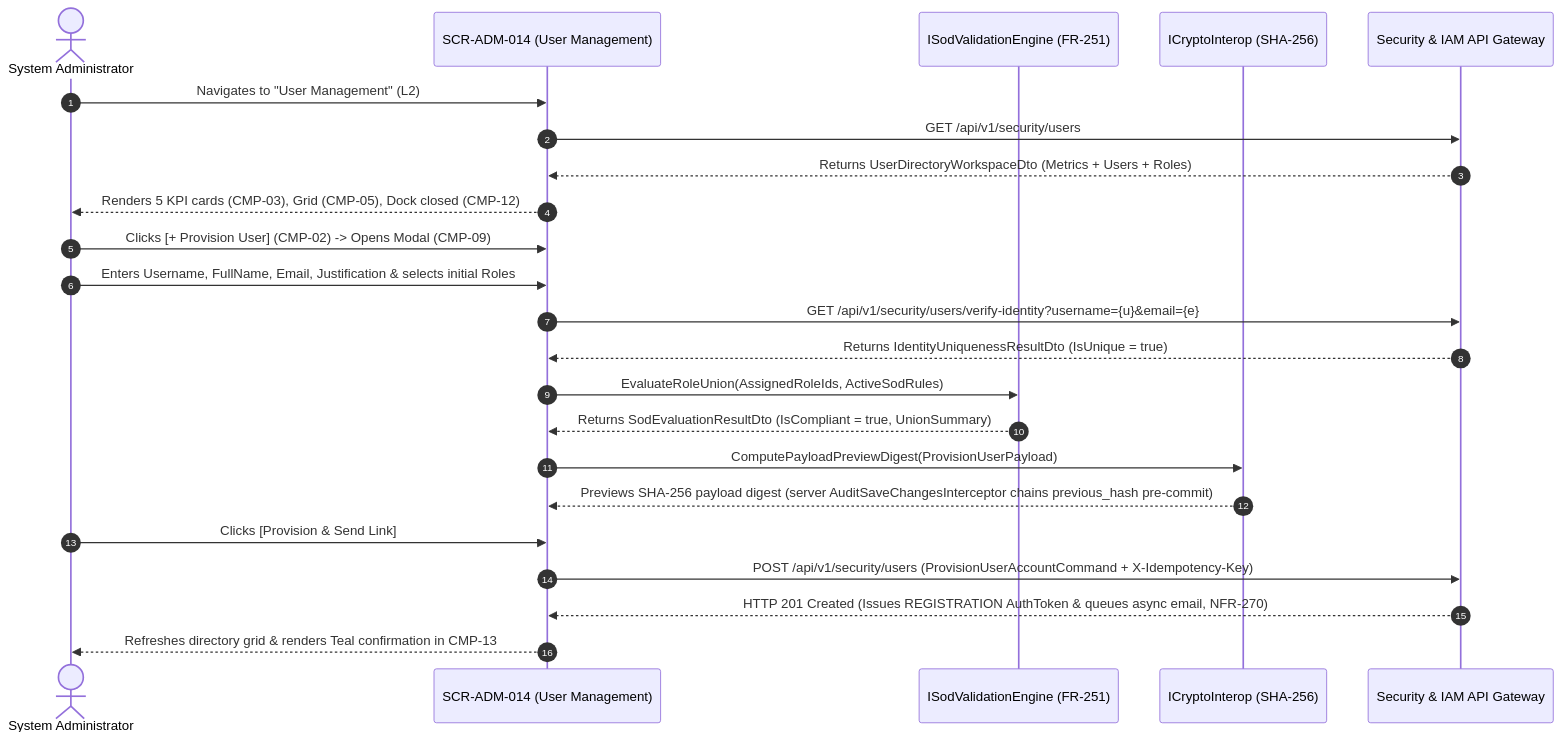
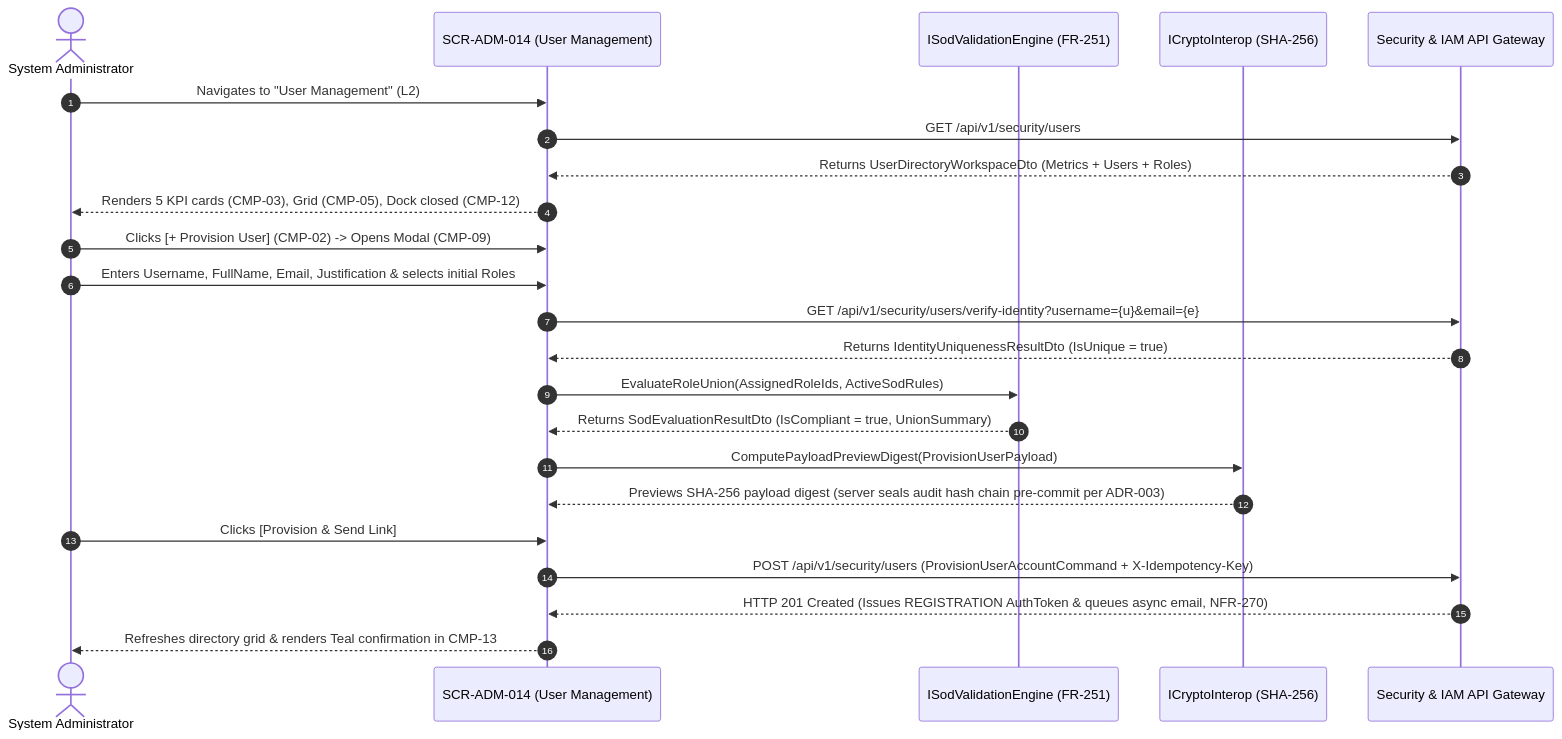
One commit to Novav20/adso-dteam-docs changed the diagram in ui-ux/screens/adm/SCR-ADM-014.md. Above: the diagram before and after it, drawn with Mermaid. The commit also changed other lines of this file and 8 other files, not shown here.

````diff
--- a/ui-ux/screens/adm/SCR-ADM-014.md
+++ b/ui-ux/screens/adm/SCR-ADM-014.md
@@ -242,26 +242,26 @@
 ```mermaid
 sequenceDiagram
     autonumber
     actor Admin as System Administrator
     participant UI as SCR-ADM-014 (User Management)
     participant SoD as ISodValidationEngine (FR-251)
     participant Crypto as ICryptoInterop (SHA-256)
     participant API as Security & IAM API Gateway
 
     Admin->>UI: Navigates to "User Management" (L2)
     UI->>API: GET /api/v1/security/users
     API-->>UI: Returns UserDirectoryWorkspaceDto (Metrics + Users + Roles)
     UI-->>Admin: Renders 5 KPI cards (CMP-03), Grid (CMP-05), Dock closed (CMP-12)
     Admin->>UI: Clicks [+ Provision User] (CMP-02) -> Opens Modal (CMP-09)
     Admin->>UI: Enters Username, FullName, Email, Justification & selects initial Roles
     UI->>API: GET /api/v1/security/users/verify-identity?username={u}&email={e}
     API-->>UI: Returns IdentityUniquenessResultDto (IsUnique = true)
     UI->>SoD: EvaluateRoleUnion(AssignedRoleIds, ActiveSodRules)
     SoD-->>UI: Returns SodEvaluationResultDto (IsCompliant = true, UnionSummary)
     UI->>Crypto: ComputePayloadPreviewDigest(ProvisionUserPayload)
-    Crypto-->>UI: Previews SHA-256 payload digest (server AuditSaveChangesInterceptor chains previous_hash pre-commit)
+    Crypto-->>UI: Previews SHA-256 payload digest (server seals audit hash chain pre-commit per ADR-003)
     Admin->>UI: Clicks [Provision & Send Link]
     UI->>API: POST /api/v1/security/users (ProvisionUserAccountCommand + X-Idempotency-Key)
     API-->>UI: HTTP 201 Created (Issues REGISTRATION AuthToken & queues async email, NFR-270)
     UI-->>Admin: Refreshes directory grid & renders Teal confirmation in CMP-13
 ```
````
